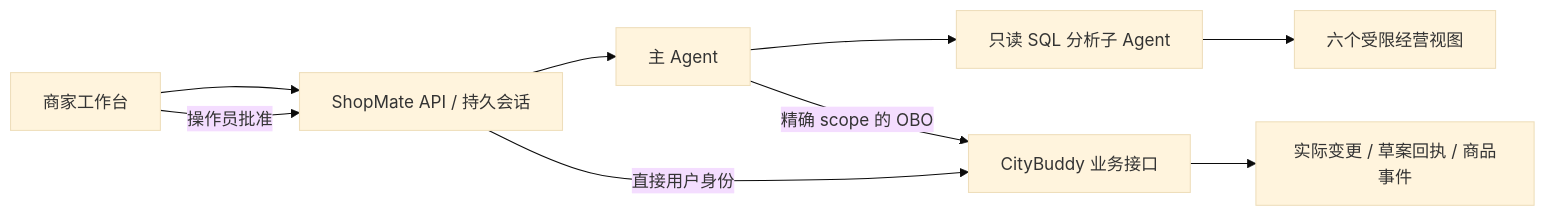
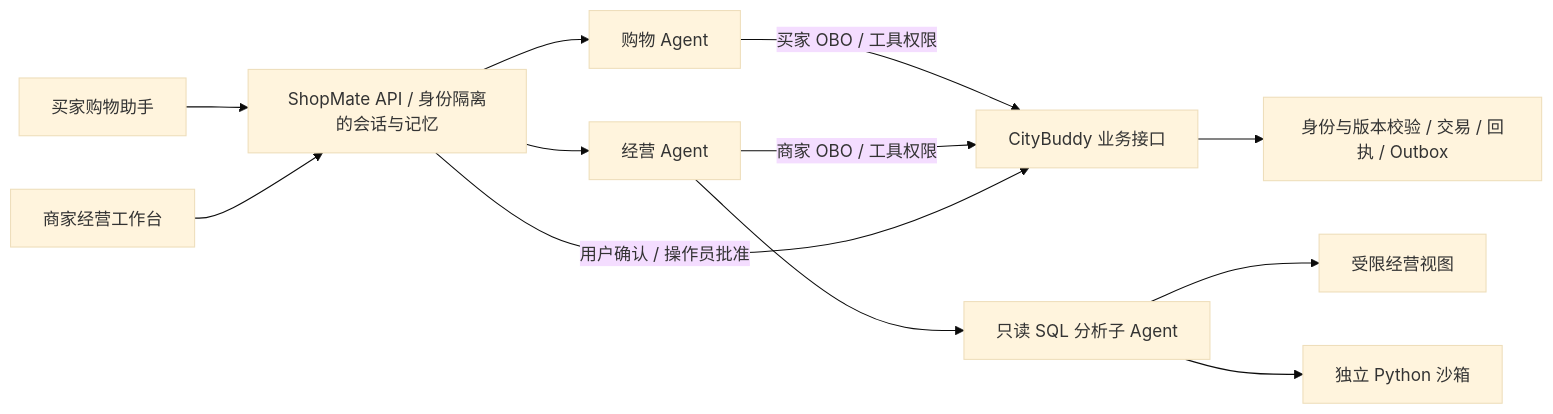
One commit to ChanTso/shopmate changed the diagram in README.md. Above: the diagram before and after it, drawn with Mermaid (base theme). The commit also changed other lines of this file and 48 other files, not shown here.

````diff
--- a/README.md
+++ b/README.md
@@ -18,11 +18,14 @@
 ```mermaid
 flowchart LR
-  UI[商家工作台] --> Host[ShopMate API / 持久会话]
-  Host --> Agent[主 Agent]
-  Agent --> Analysis[只读 SQL 分析子 Agent]
-  Analysis --> Views[六个受限经营视图]
-  Agent -->|精确 scope 的 OBO| Java[CityBuddy 业务接口]
-  UI -->|操作员批准| Host
-  Host -->|直接用户身份| Java
-  Java --> Transaction[实际变更 / 草案回执 / 商品事件]
+  Buyer[买家购物助手] --> Host[ShopMate API / 身份隔离的会话与记忆]
+  Merchant[商家经营工作台] --> Host
+  Host --> Shopping[购物 Agent]
+  Host --> Trading[经营 Agent]
+  Trading --> Analysis[只读 SQL 分析子 Agent]
+  Analysis --> Views[受限经营视图]
+  Analysis --> Sandbox[独立 Python 沙箱]
+  Shopping -->|买家 OBO / 工具权限| Java[CityBuddy 业务接口]
+  Trading -->|商家 OBO / 工具权限| Java
+  Host -->|用户确认 / 操作员批准| Java
+  Java --> Transaction[身份与版本校验 / 交易 / 回执 / Outbox]
 ```
````
